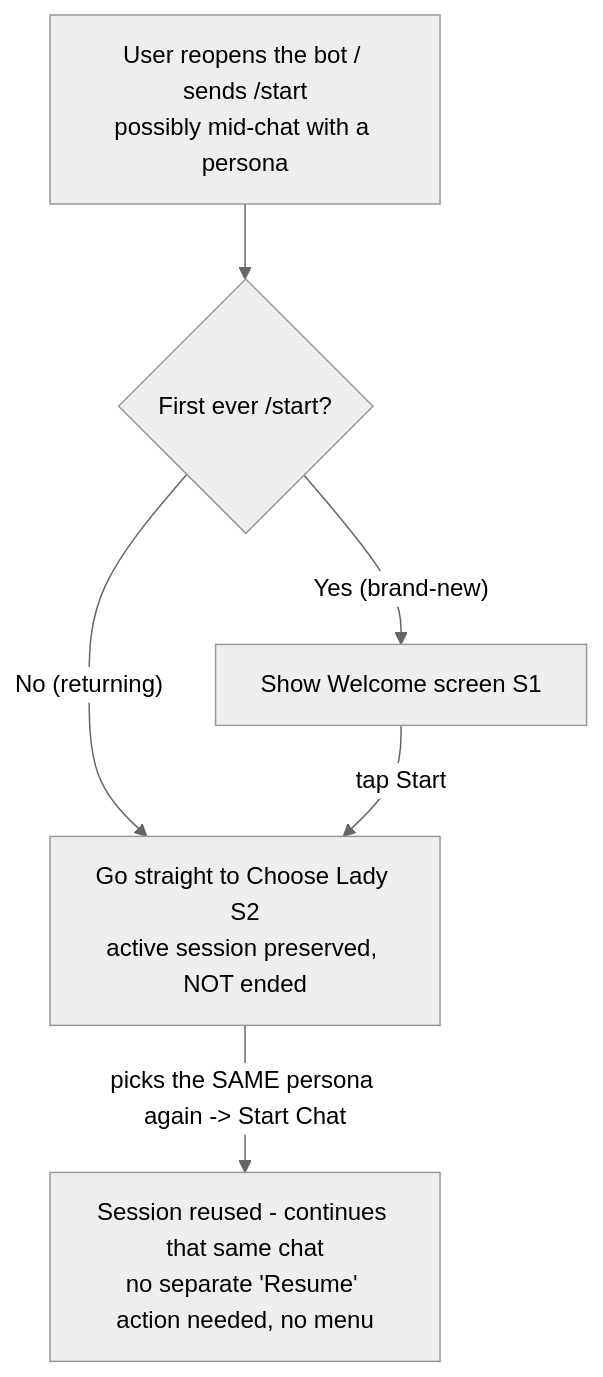
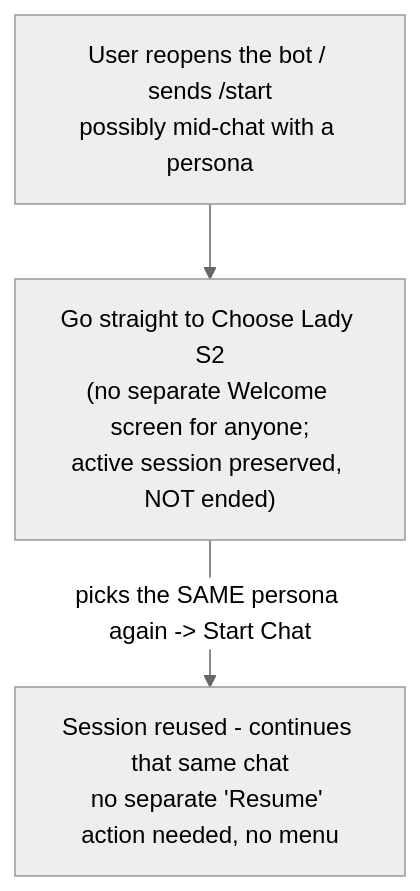
Before and after one commit to b3ly4ck/NeuroLady_Persona_Engine: the second of 3 diagrams in developer files/features/F-001-onboarding-persona-selection.md, drawn with Mermaid (neutral theme). The commit also changed other lines of this file and 11 other files, not shown here.

First line of the commit message:
v0.22.1 [fix]: remove Welcome/Start screen (S1) — /start opens Choose Lady directly

````diff
--- a/developer files/features/F-001-onboarding-persona-selection.md
+++ b/developer files/features/F-001-onboarding-persona-selection.md
@@ -82,8 +83,5 @@
 ```mermaid
 flowchart TD
-    A[User reopens the bot / sends /start<br/>possibly mid-chat with a persona] --> B{First ever /start?}
-    B -- Yes (brand-new) --> C[Show Welcome screen S1]
-    B -- No (returning) --> D[Go straight to Choose Lady S2<br/>active session preserved, NOT ended]
-    C -->|tap Start| D
-    D -->|picks the SAME persona again -> Start Chat| E[Session reused - continues that same chat<br/>no separate 'Resume' action needed, no menu]
+    A[User reopens the bot / sends /start<br/>possibly mid-chat with a persona] --> B["Go straight to Choose Lady S2<br/>(no separate Welcome screen for anyone;<br/>active session preserved, NOT ended)"]
+    B -->|picks the SAME persona again -> Start Chat| C[Session reused - continues that same chat<br/>no separate 'Resume' action needed, no menu]
 ```
````
